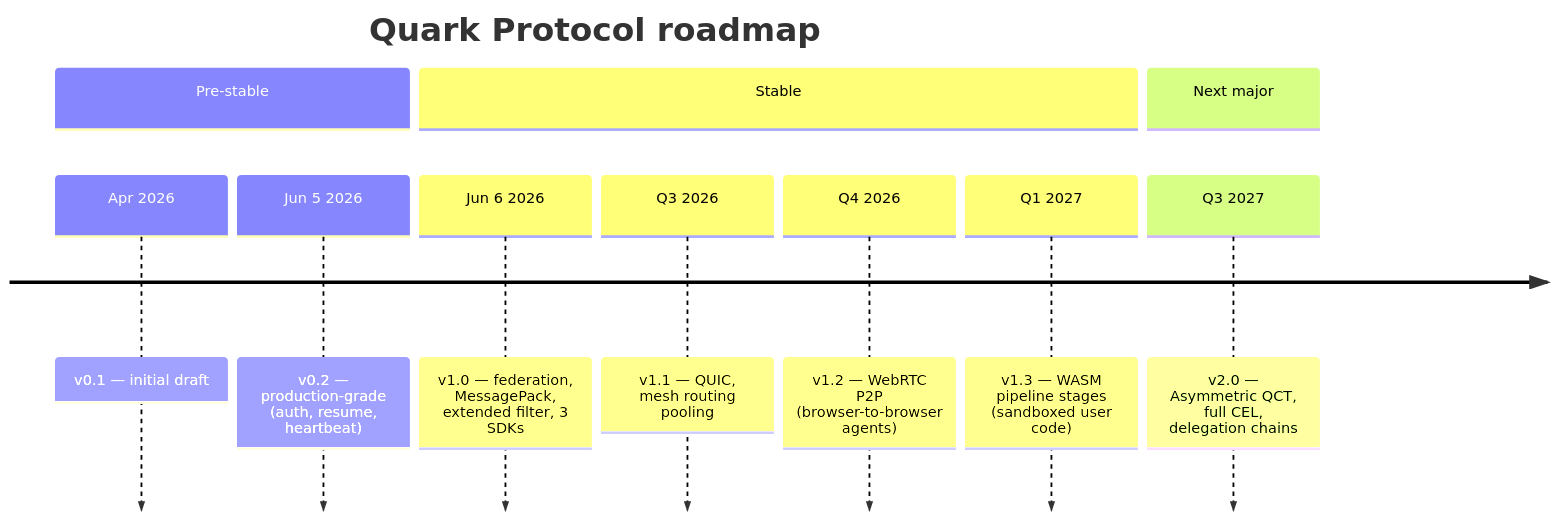
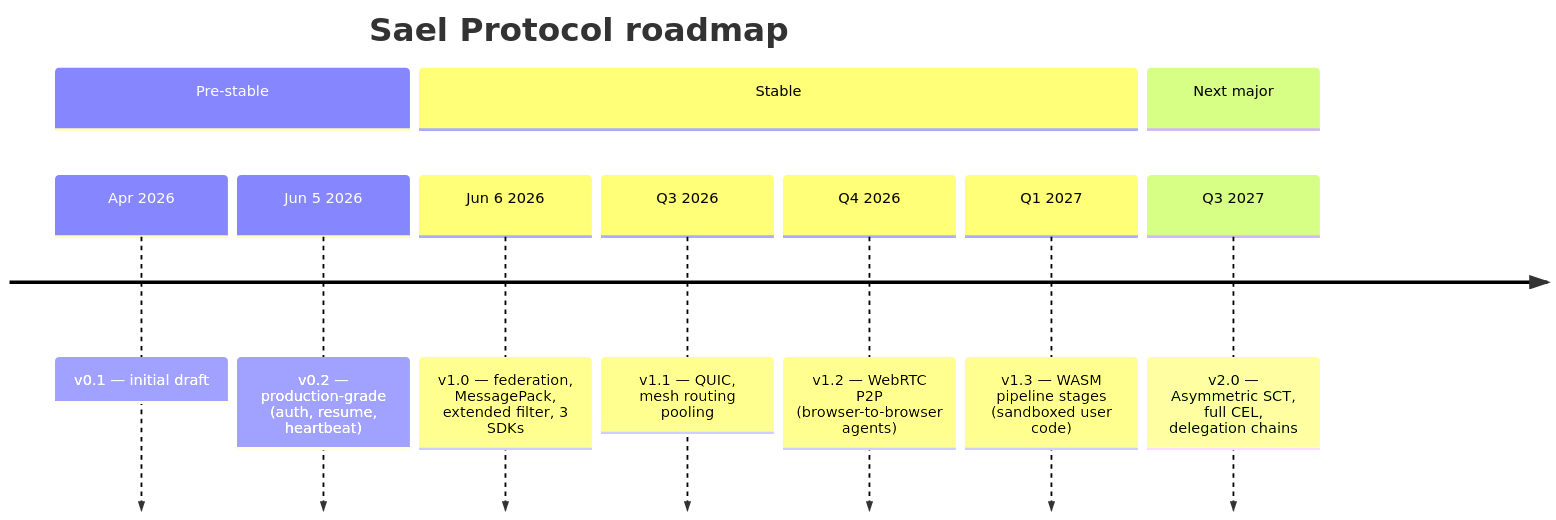
One commit to FasadSalatov/quark changed the second of 2 diagrams in README.md. Above: the diagram before and after it, drawn with Mermaid. The commit also changed other lines of this file and 45 other files, not shown here.

First line of the commit message:
Rebrand: Quark -> Sael (#2)

````diff
--- a/README.md
+++ b/README.md
@@ -377,14 +377,14 @@
 ```mermaid
 timeline
-    title Quark Protocol roadmap
+    title Sael Protocol roadmap
     section Pre-stable
         Apr 2026 : v0.1 — initial draft
         Jun 5 2026 : v0.2 — production-grade (auth, resume, heartbeat)
     section Stable
         Jun 6 2026 : v1.0 — federation, MessagePack, extended filter, 3 SDKs
         Q3 2026 : v1.1 — QUIC, mesh routing pooling
         Q4 2026 : v1.2 — WebRTC P2P (browser-to-browser agents)
         Q1 2027 : v1.3 — WASM pipeline stages (sandboxed user code)
     section Next major
-        Q3 2027 : v2.0 — Asymmetric QCT, full CEL, delegation chains
+        Q3 2027 : v2.0 — Asymmetric SCT, full CEL, delegation chains
 ```
````
